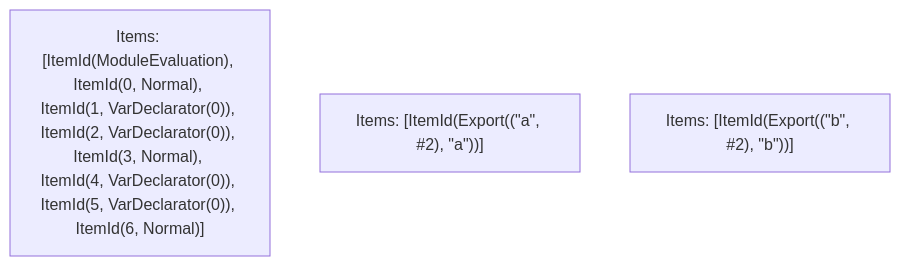
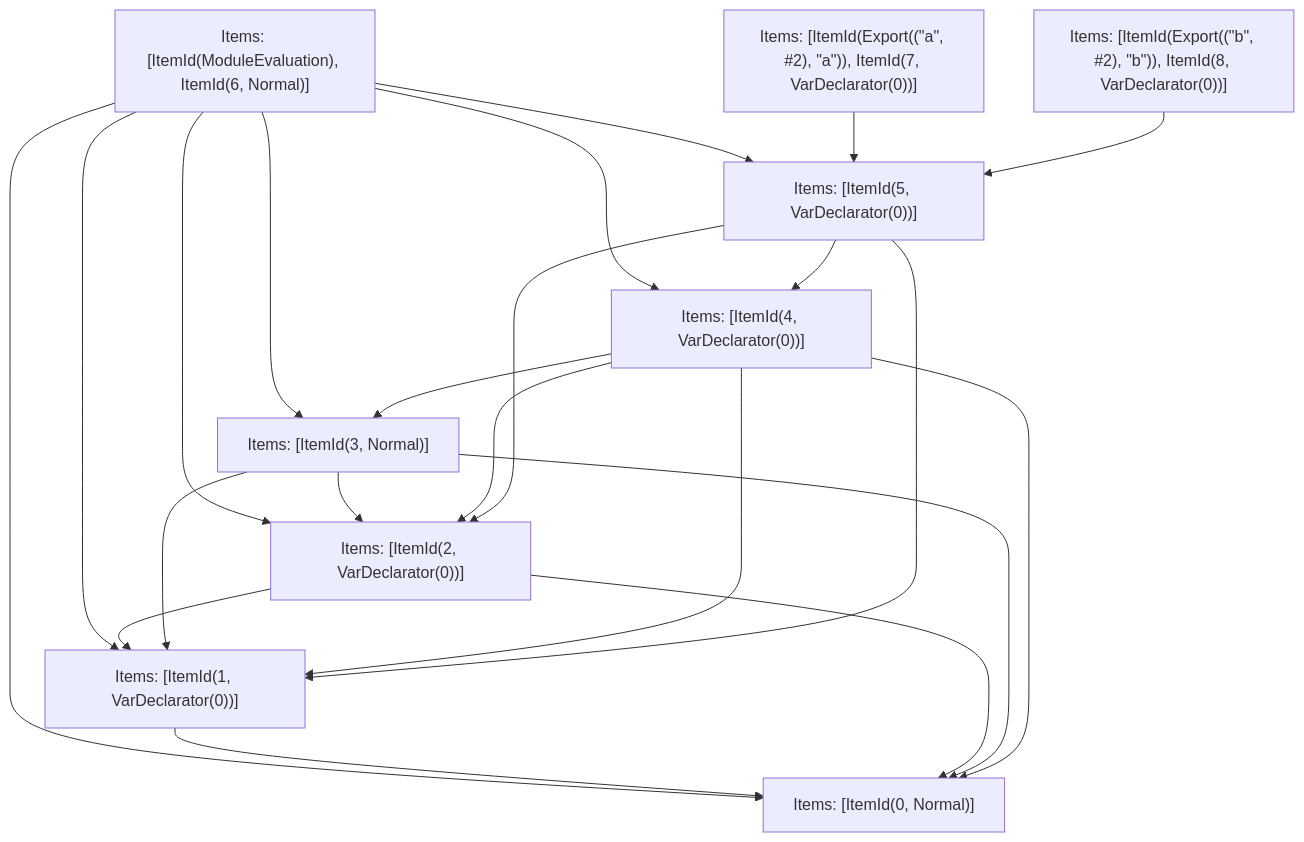
The fifth of 5 diagrams in crates/turbopack-ecmascript/tests/tree-shaker/analyzer/shared-and-side-effects/output.md (vercel/turborepo), drawn with Mermaid before and after one commit. The commit also changed other lines of this file and 20 other files, not shown here.

````diff
--- a/crates/turbopack-ecmascript/tests/tree-shaker/analyzer/shared-and-side-effects/output.md
+++ b/crates/turbopack-ecmascript/tests/tree-shaker/analyzer/shared-and-side-effects/output.md
@@ -273,6 +257,33 @@
 ```mermaid
 graph TD
-    N0["Items: [ItemId(ModuleEvaluation), ItemId(0, Normal), ItemId(1, VarDeclarator(0)), ItemId(2, VarDeclarator(0)), ItemId(3, Normal), ItemId(4, VarDeclarator(0)), ItemId(5, VarDeclarator(0)), ItemId(6, Normal)]"];
-    N1["Items: [ItemId(Export((&quot;a&quot;, #2), &quot;a&quot;))]"];
-    N2["Items: [ItemId(Export((&quot;b&quot;, #2), &quot;b&quot;))]"];
+    N0["Items: [ItemId(ModuleEvaluation), ItemId(6, Normal)]"];
+    N1["Items: [ItemId(Export((&quot;a&quot;, #2), &quot;a&quot;)), ItemId(7, VarDeclarator(0))]"];
+    N2["Items: [ItemId(Export((&quot;b&quot;, #2), &quot;b&quot;)), ItemId(8, VarDeclarator(0))]"];
+    N3["Items: [ItemId(0, Normal)]"];
+    N4["Items: [ItemId(1, VarDeclarator(0))]"];
+    N5["Items: [ItemId(2, VarDeclarator(0))]"];
+    N6["Items: [ItemId(3, Normal)]"];
+    N7["Items: [ItemId(4, VarDeclarator(0))]"];
+    N8["Items: [ItemId(5, VarDeclarator(0))]"];
+    N0 --> N3;
+    N0 --> N4;
+    N0 --> N5;
+    N0 --> N6;
+    N0 --> N7;
+    N0 --> N8;
+    N1 --> N8;
+    N2 --> N8;
+    N4 --> N3;
+    N5 --> N3;
+    N5 --> N4;
+    N6 --> N3;
+    N6 --> N4;
+    N6 --> N5;
+    N7 --> N3;
+    N7 --> N4;
+    N7 --> N5;
+    N7 --> N6;
+    N8 --> N4;
+    N8 --> N5;
+    N8 --> N7;
 ```
````
